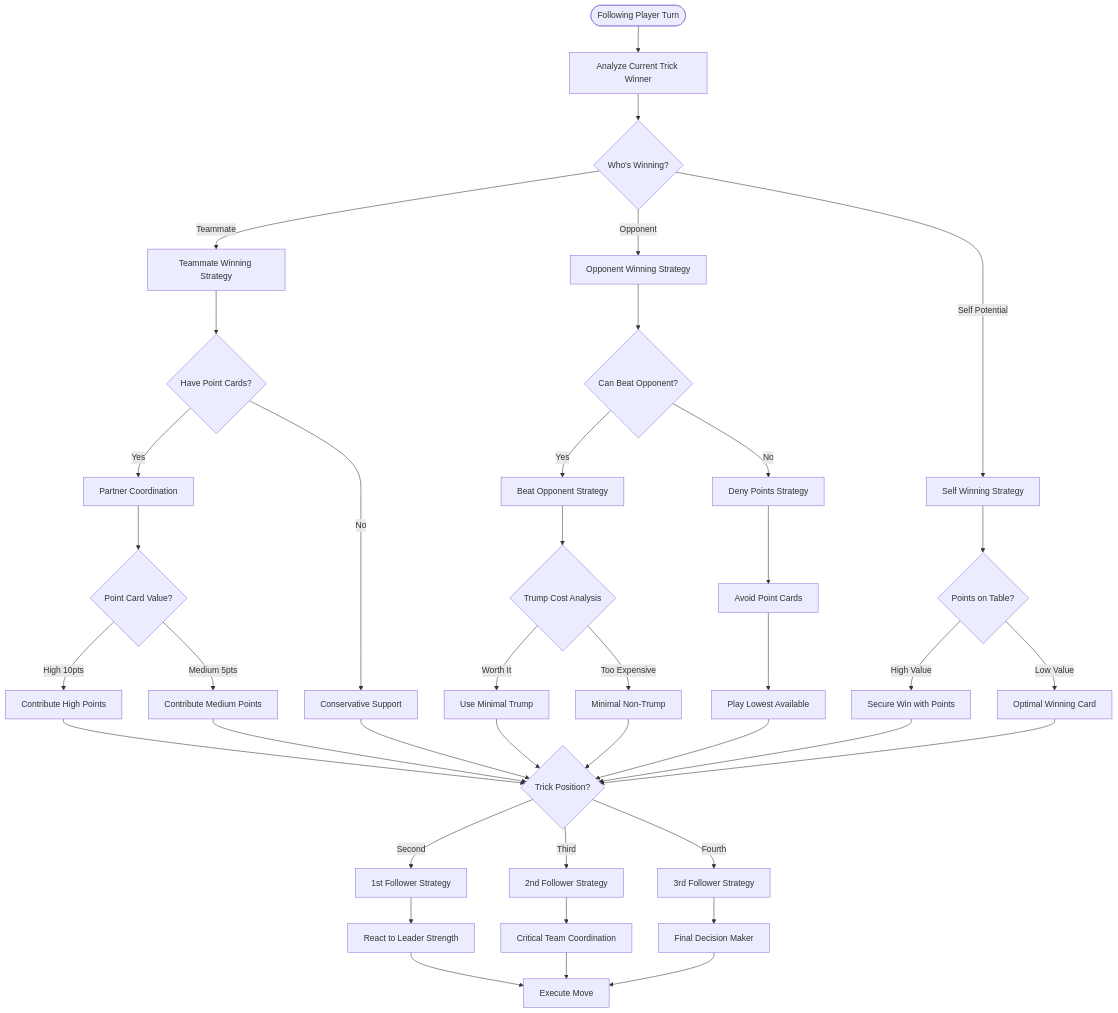
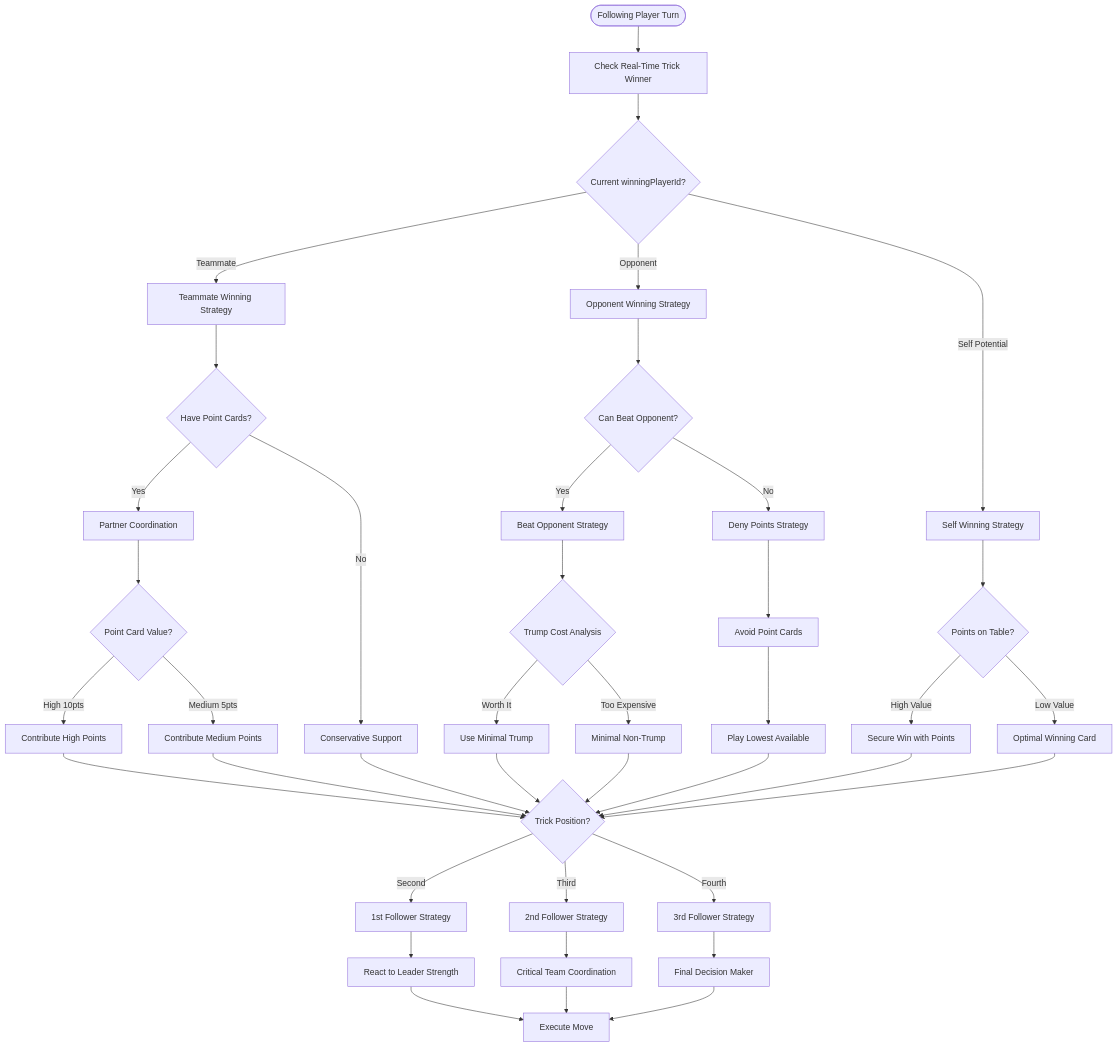
One commit to ejfn/Tractor changed the third of 12 diagrams in docs/AI_DECISION_TREE.md. Above: the diagram before and after it, drawn with Mermaid. The commit also changed other lines of this file and 2 other files, not shown here.

First line of the commit message:
Update documentation to reflect real-time trick winner tracking

````diff
--- a/docs/AI_DECISION_TREE.md
+++ b/docs/AI_DECISION_TREE.md
@@ -103,59 +103,59 @@
 ```mermaid
 flowchart TD
-    FollowStart([Following Player Turn]) --> TrickWinner[Analyze Current Trick Winner]
+    FollowStart([Following Player Turn]) --> TrickWinner[Check Real-Time Trick Winner]
     
-    TrickWinner --> WinnerType{Who's Winning?}
+    TrickWinner --> WinnerType{Current winningPlayerId?}
     
     WinnerType -->|Teammate| TeammateWinning[Teammate Winning Strategy]
     WinnerType -->|Opponent| OpponentWinning[Opponent Winning Strategy]
     WinnerType -->|Self Potential| SelfWinning[Self Winning Strategy]
     
     %% Teammate Winning Branch
     TeammateWinning --> HasPoints{Have Point Cards?}
     HasPoints -->|Yes| PartnerCoord[Partner Coordination]
     HasPoints -->|No| Conservative[Conservative Support]
     
     PartnerCoord --> PointValue{Point Card Value?}
     PointValue -->|High 10pts| HighPoints[Contribute High Points]
     PointValue -->|Medium 5pts| MediumPoints[Contribute Medium Points]
     
     %% Opponent Winning Branch
     OpponentWinning --> CanBeat{Can Beat Opponent?}
     CanBeat -->|Yes| BeatStrategy[Beat Opponent Strategy]
     CanBeat -->|No| DenyPoints[Deny Points Strategy]
     
     BeatStrategy --> TrumpCost{Trump Cost Analysis}
     TrumpCost -->|Worth It| UseTrump[Use Minimal Trump]
     TrumpCost -->|Too Expensive| MinimalPlay[Minimal Non-Trump]
     
     DenyPoints --> AvoidPoints[Avoid Point Cards]
     AvoidPoints --> LowestCards[Play Lowest Available]
     
     %% Self Winning Branch
     SelfWinning --> TablePoints{Points on Table?}
     TablePoints -->|High Value| SecureWin[Secure Win with Points]
     TablePoints -->|Low Value| OptimalWin[Optimal Winning Card]
     
     %% Position-Specific Adjustments
     HighPoints --> Position{Trick Position?}
     MediumPoints --> Position
     Conservative --> Position
     UseTrump --> Position
     MinimalPlay --> Position
     LowestCards --> Position
     SecureWin --> Position
     OptimalWin --> Position
     
     Position -->|Second| SecondPos[1st Follower Strategy]
     Position -->|Third| ThirdPos[2nd Follower Strategy]
     Position -->|Fourth| FourthPos[3rd Follower Strategy]
     
     %% Position Strategies
     SecondPos --> ReactLead[React to Leader Strength]
     ThirdPos --> TeamCoord[Critical Team Coordination]
     FourthPos --> FinalDecision[Final Decision Maker]
     
     ReactLead --> Execute[Execute Move]
     TeamCoord --> Execute
     FinalDecision --> Execute
 ```
````
